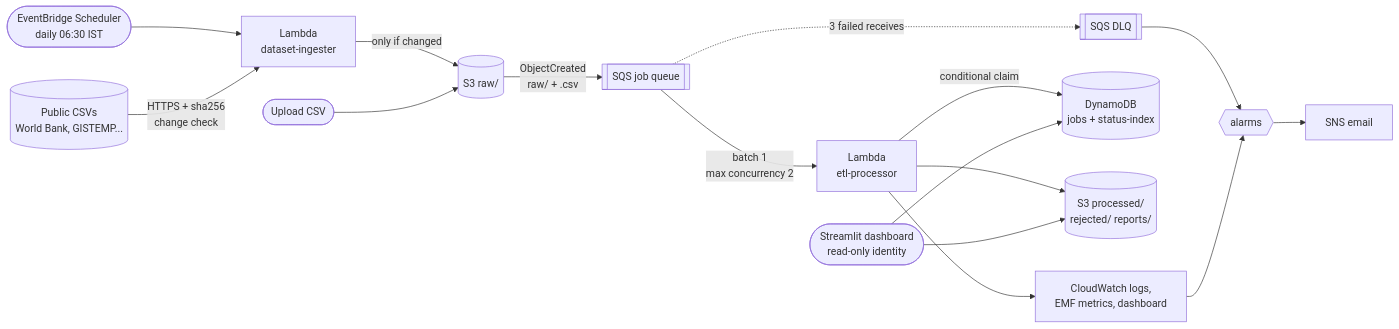
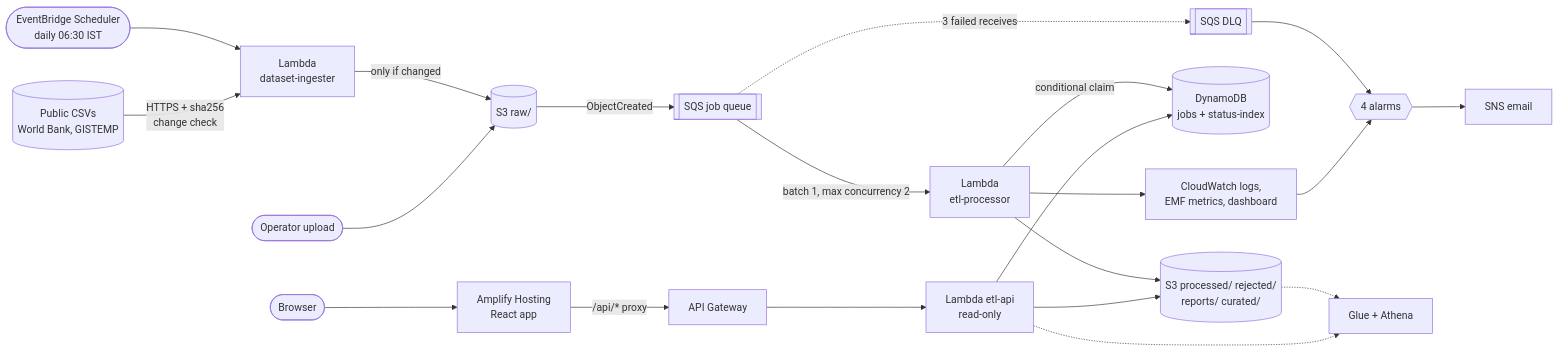
One commit to sandhyav6/datapulse changed the diagram in README.md. Above: the diagram before and after it, drawn with Mermaid. The commit also changed other lines of this file and 150 other files, not shown here.

````diff
--- a/README.md
+++ b/README.md
@@ -43,17 +49,22 @@
 ```mermaid
 flowchart LR
     SCH([EventBridge Scheduler<br/>daily 06:30 IST]) --> ING[Lambda<br/>dataset-ingester]
-    PUB[(Public CSVs<br/>World Bank, GISTEMP...)] -->|HTTPS + sha256<br/>change check| ING
-    ING -->|only if changed| R
-    U([Upload CSV]) --> R[(S3 raw/)]
-    R -->|ObjectCreated<br/>raw/ + .csv| Q[[SQS job queue]]
-    Q -->|batch 1<br/>max concurrency 2| L[Lambda<br/>etl-processor]
+    PUB[(Public CSVs<br/>World Bank, GISTEMP)] -->|HTTPS + sha256<br/>change check| ING
+    ING -->|only if changed| R[(S3 raw/)]
+    U([Operator upload]) --> R
+    R -->|ObjectCreated| Q[[SQS job queue]]
+    Q -->|batch 1, max concurrency 2| L[Lambda<br/>etl-processor]
     Q -.->|3 failed receives| DLQ[[SQS DLQ]]
     L -->|conditional claim| D[(DynamoDB<br/>jobs + status-index)]
-    L --> O[(S3 processed/<br/>rejected/ reports/)]
+    L --> O[(S3 processed/ rejected/<br/>reports/ curated/)]
     L --> CW[CloudWatch logs,<br/>EMF metrics, dashboard]
-    DLQ --> AL{{alarms}}
-    CW --> AL --> SNS[SNS email]
-    DB([Streamlit dashboard<br/>read-only identity]) --> D
-    DB --> O
+    DLQ --> AL{{4 alarms}} --> SNS[SNS email]
+    CW --> AL
+    B([Browser]) --> AMP[Amplify Hosting<br/>React app]
+    AMP -->|/api/* proxy| GW[API Gateway]
+    GW --> API[Lambda etl-api<br/>read-only]
+    API --> D
+    API --> O
+    O -.-> ATH[Glue + Athena]
+    API -.-> ATH
 ```
````
